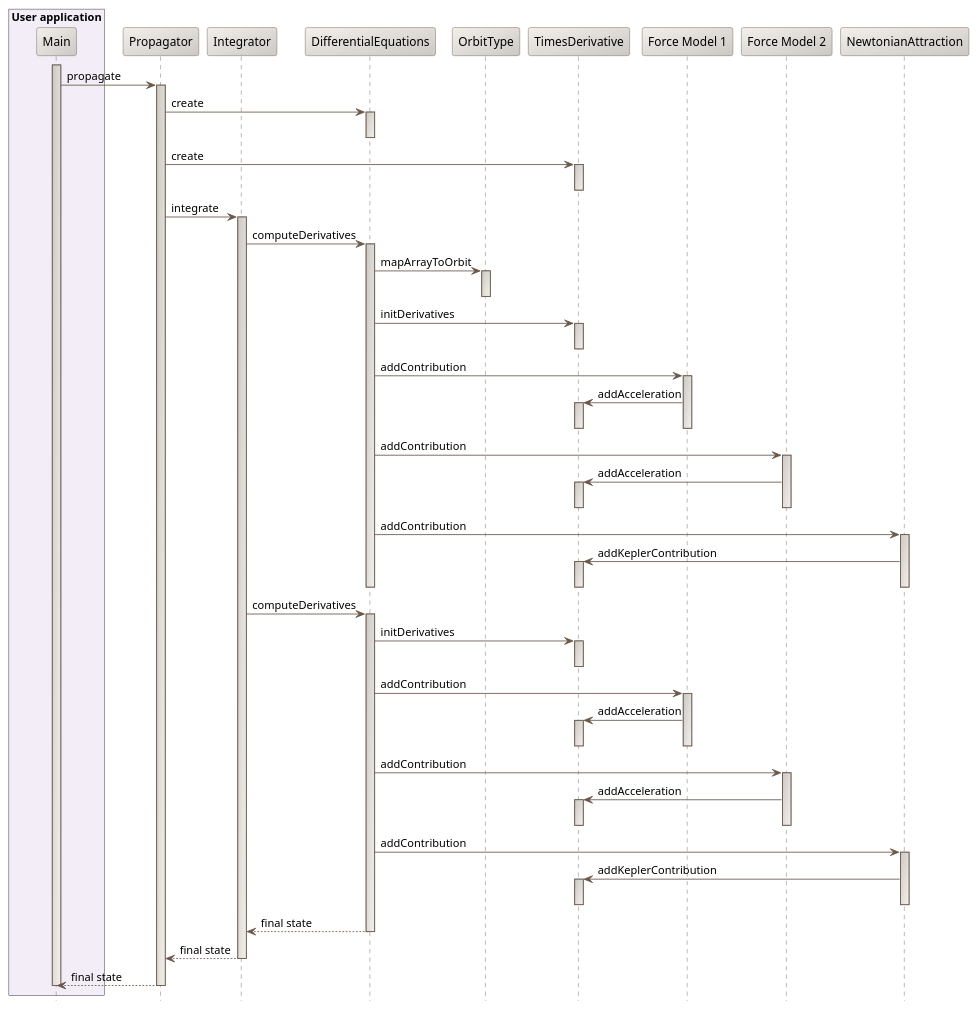
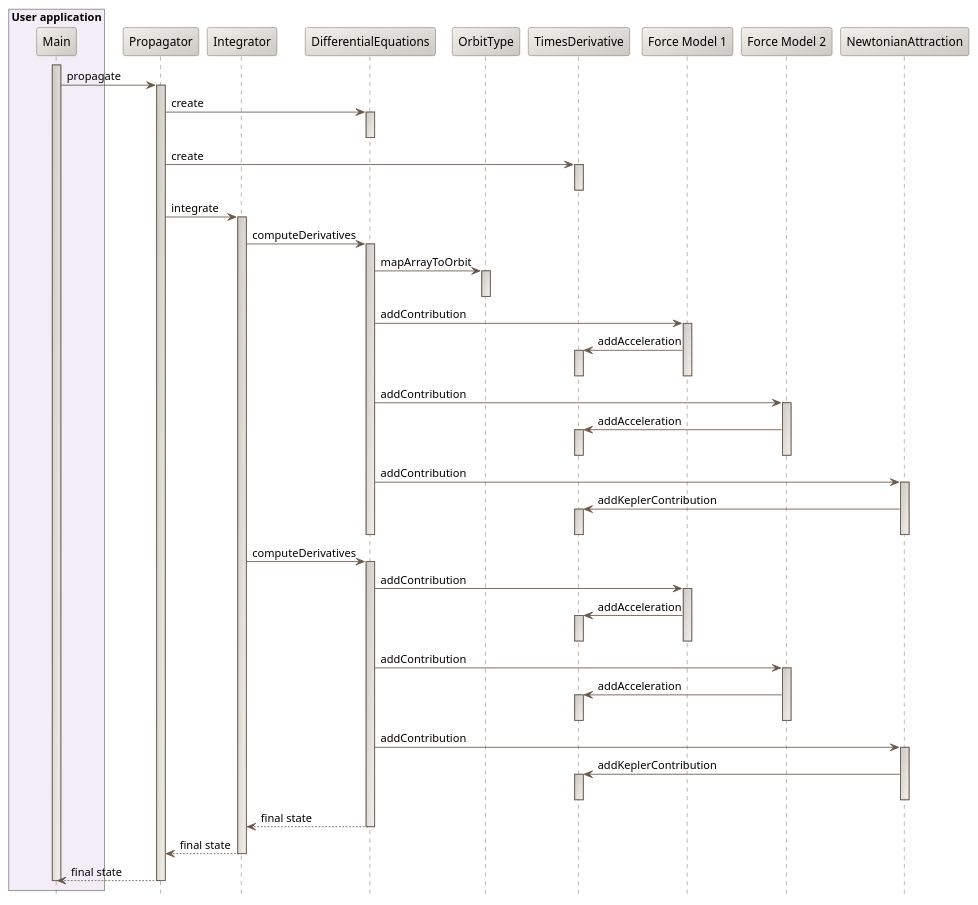
The diagram in src/design/numerical-propagation-sequence-diagram.puml (CS-SI/Orekit), drawn with PlantUML before and after one commit. The commit also changed 8 other files, not shown here.

Commit message:
Updated UML design diagrams for 6.1.

```diff
--- a/src/design/numerical-propagation-sequence-diagram.puml
+++ b/src/design/numerical-propagation-sequence-diagram.puml
@@ -17,99 +17,93 @@
 @startuml
 
   skinparam svek                                true
   skinparam NoteBackgroundColor                 #F3EFEB
   skinparam NoteBorderColor                     #691616
   skinparam NoteFontColor                       #691616
   skinparam SequenceActorBorderColor            #6A584B
   skinparam SequenceParticipantBackgroundColor  #F3EFEB/CCC9C5
   skinparam SequenceParticipantBorderColor      #6A584B
   skinparam SequenceLifeLineBackgroundColor     #CCC9C5/F3EFEB
   skinparam SequenceLifeLineBorderColor         #6A584B
   skinparam SequenceArrowColor                  #6A584B
   skinparam SequenceBorderColor                 #6A584B
   skinparam SequenceFontSize                    11
 
   hide footbox
 
   box "User application" #F3EDF7
     participant "Main" as M
   end box
   participant Propagator
   participant Integrator
   participant DifferentialEquations
   participant OrbitType
   participant TimesDerivative
   participant "Force Model 1" as F1
   participant "Force Model 2" as F2
   participant NewtonianAttraction
 
   activate M
   M          -> Propagator : propagate
     activate Propagator
     Propagator -> DifferentialEquations : create
       activate DifferentialEquations
       deactivate DifferentialEquations
     Propagator -> TimesDerivative : create
       activate TimesDerivative
       deactivate TimesDerivative
     Propagator -> Integrator : integrate
       activate Integrator
       Integrator -> DifferentialEquations : computeDerivatives
         activate DifferentialEquations
         DifferentialEquations -> OrbitType : mapArrayToOrbit
           activate OrbitType
           deactivate OrbitType
-        DifferentialEquations -> TimesDerivative : initDerivatives
-          activate TimesDerivative
-          deactivate TimesDerivative
         DifferentialEquations -> F1 : addContribution
           activate F1
           F1 -> TimesDerivative : addAcceleration
             activate TimesDerivative
             deactivate TimesDerivative
           deactivate F1
         DifferentialEquations -> F2 : addContribution
           activate F2
           F2 -> TimesDerivative : addAcceleration
             activate TimesDerivative
             deactivate TimesDerivative
           deactivate F2
         DifferentialEquations -> NewtonianAttraction : addContribution
           activate NewtonianAttraction
           NewtonianAttraction -> TimesDerivative : addKeplerContribution
             activate TimesDerivative
             deactivate TimesDerivative
           deactivate NewtonianAttraction
         deactivate DifferentialEquations
       Integrator -> DifferentialEquations : computeDerivatives
         activate DifferentialEquations
-        DifferentialEquations -> TimesDerivative : initDerivatives
-          activate TimesDerivative
-          deactivate TimesDerivative
         DifferentialEquations -> F1 : addContribution
           activate F1
           F1 -> TimesDerivative : addAcceleration
             activate TimesDerivative
             deactivate TimesDerivative
           deactivate F1
         DifferentialEquations -> F2 : addContribution
           activate F2
           F2 -> TimesDerivative : addAcceleration
             activate TimesDerivative
             deactivate TimesDerivative
           deactivate F2
         DifferentialEquations -> NewtonianAttraction : addContribution
           activate NewtonianAttraction
           NewtonianAttraction -> TimesDerivative : addKeplerContribution
             activate TimesDerivative
             deactivate TimesDerivative
           deactivate NewtonianAttraction
         DifferentialEquations --> Integrator : final state
         deactivate DifferentialEquations
       Integrator --> Propagator : final state
       deactivate Integrator
     Propagator --> M : final state
     deactivate Propagator
   deactivate M
 
 @enduml
```
